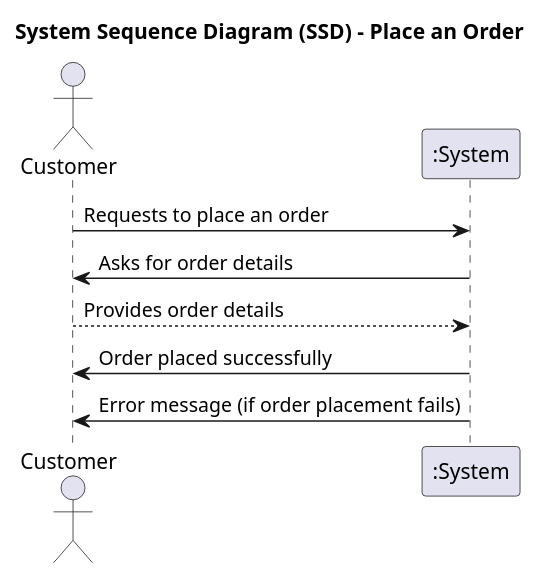
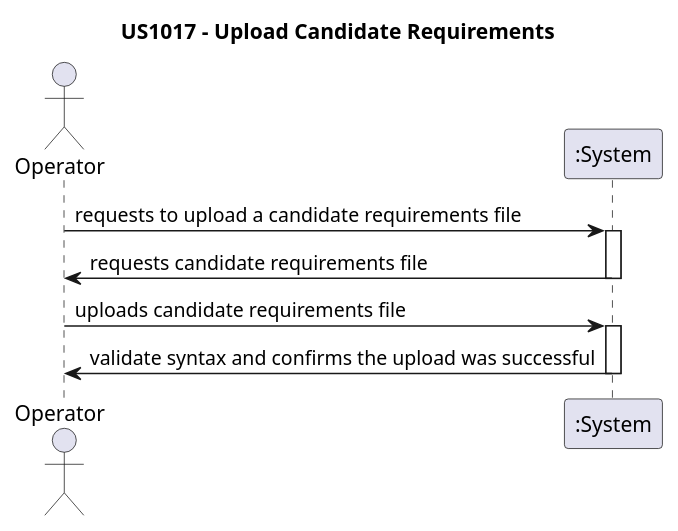
The diagram in docs/sprintC/US1017/01.requirements-engineering/puml/SSD.puml (Mendoncaa/LAPR4), drawn with PlantUML before and after one commit. The commit also changed 1 other file, not shown here.

Commit message:
#43 US1017, start of gathering requirements.

```diff
--- a/docs/sprintC/US1017/01.requirements-engineering/puml/SSD.puml
+++ b/docs/sprintC/US1017/01.requirements-engineering/puml/SSD.puml
@@ -1,15 +1,21 @@
 @startuml
+title US1017 - Upload Candidate Requirements
 
-title System Sequence Diagram (SSD) - Place an Order
-
-actor "Customer" as U
+actor "Operator" as O
 participant ":System" as S
 
-U -> S : Requests to place an order
-S -> U : Asks for order details
-U --> S : Provides order details
+O -> S : requests to upload a candidate requirements file
+activate S
 
-S -> U : Order placed successfully
-S -> U : Error message (if order placement fails)
+S -> O : requests candidate requirements file
+deactivate S
+
+O -> S : uploads candidate requirements file
+activate S
+
+S -> O : validate syntax and confirms the upload was successful
+
+
+deactivate S
 
 @enduml
```
